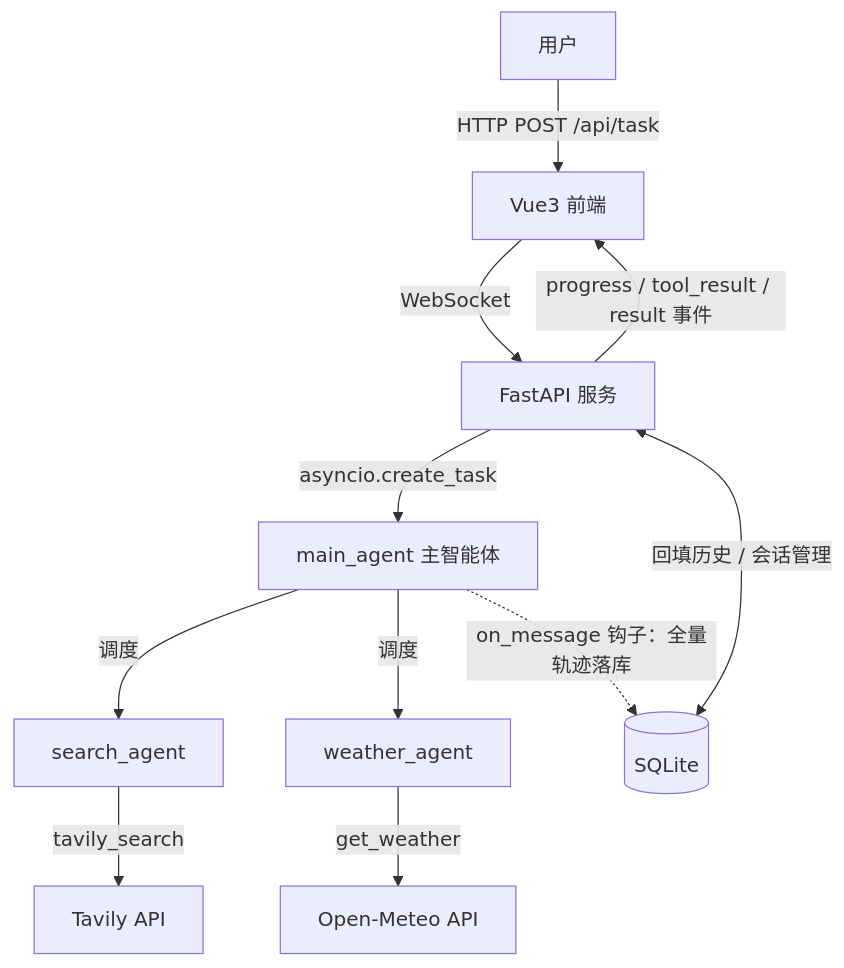
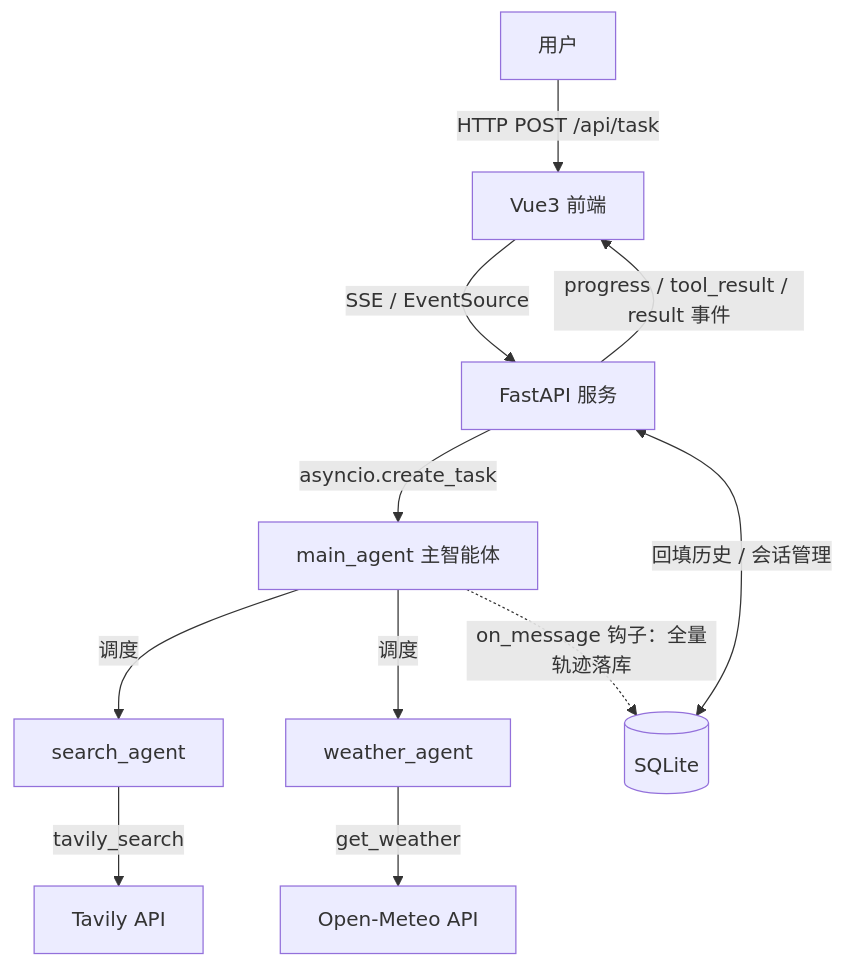
Before and after one commit to cxyzk/MultiAgent-Search: the diagram in README.md, drawn with Mermaid. The commit also changed other lines of this file, not shown here.

Commit message:
docs: document the WebSocket to SSE migration and proxy buffering pitfall

````diff
--- a/README.md
+++ b/README.md
@@ -23,13 +23,13 @@
 ```mermaid
 graph TB
     U[用户] -->|HTTP POST /api/task| FE[Vue3 前端]
-    FE -->|WebSocket| API[FastAPI 服务]
+    FE -->|SSE / EventSource| API[FastAPI 服务]
     API -->|asyncio.create_task| MA[main_agent 主智能体]
     MA -->|调度| SA[search_agent]
     MA -->|调度| WA[weather_agent]
     SA -->|tavily_search| TV[Tavily API]
     WA -->|get_weather| OM[Open-Meteo API]
     API <-->|回填历史 / 会话管理| DB[(SQLite)]
     MA -.->|on_message 钩子：全量轨迹落库| DB
     API -->|progress / tool_result / result 事件| FE
 ```
````
